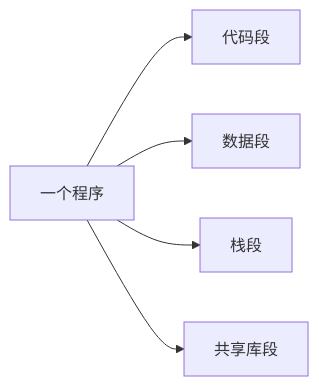
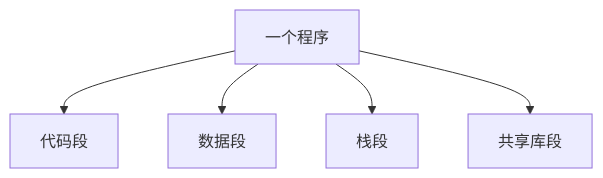
One commit to 74262195/system-architect-notes changed the ninth of 13 diagrams in 01_综合知识/01_计算机基础知识/02_操作系统/存储管理.md. Above: the diagram before and after it, drawn with Mermaid. The commit also changed other lines of this file, not shown here.

Commit message:
docs: optimize memory diagrams for readable width

````diff
--- a/01_综合知识/01_计算机基础知识/02_操作系统/存储管理.md
+++ b/01_综合知识/01_计算机基础知识/02_操作系统/存储管理.md
@@ -395,7 +398,7 @@
 ```mermaid
-flowchart LR
+flowchart TB
   A[一个程序] --> B[代码段]
   A --> C[数据段]
   A --> D[栈段]
   A --> E[共享库段]
 ```
````
